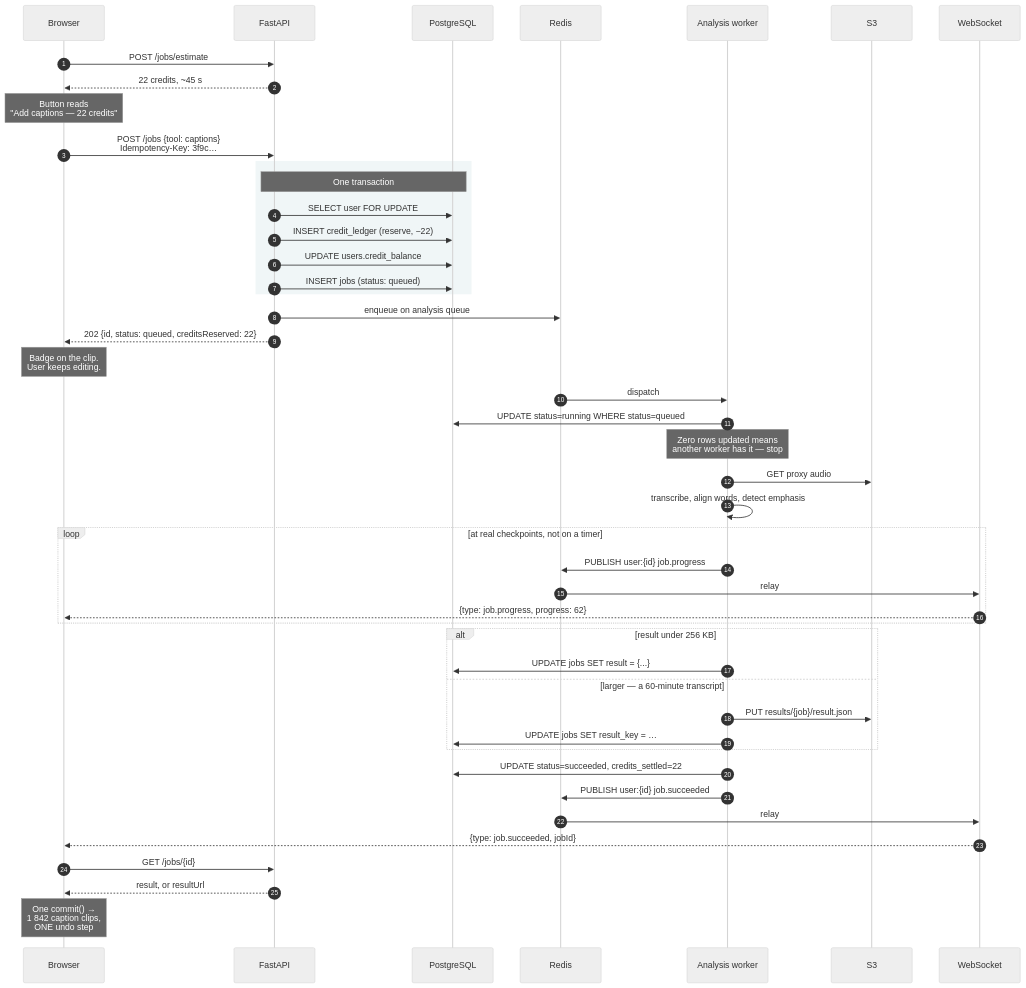
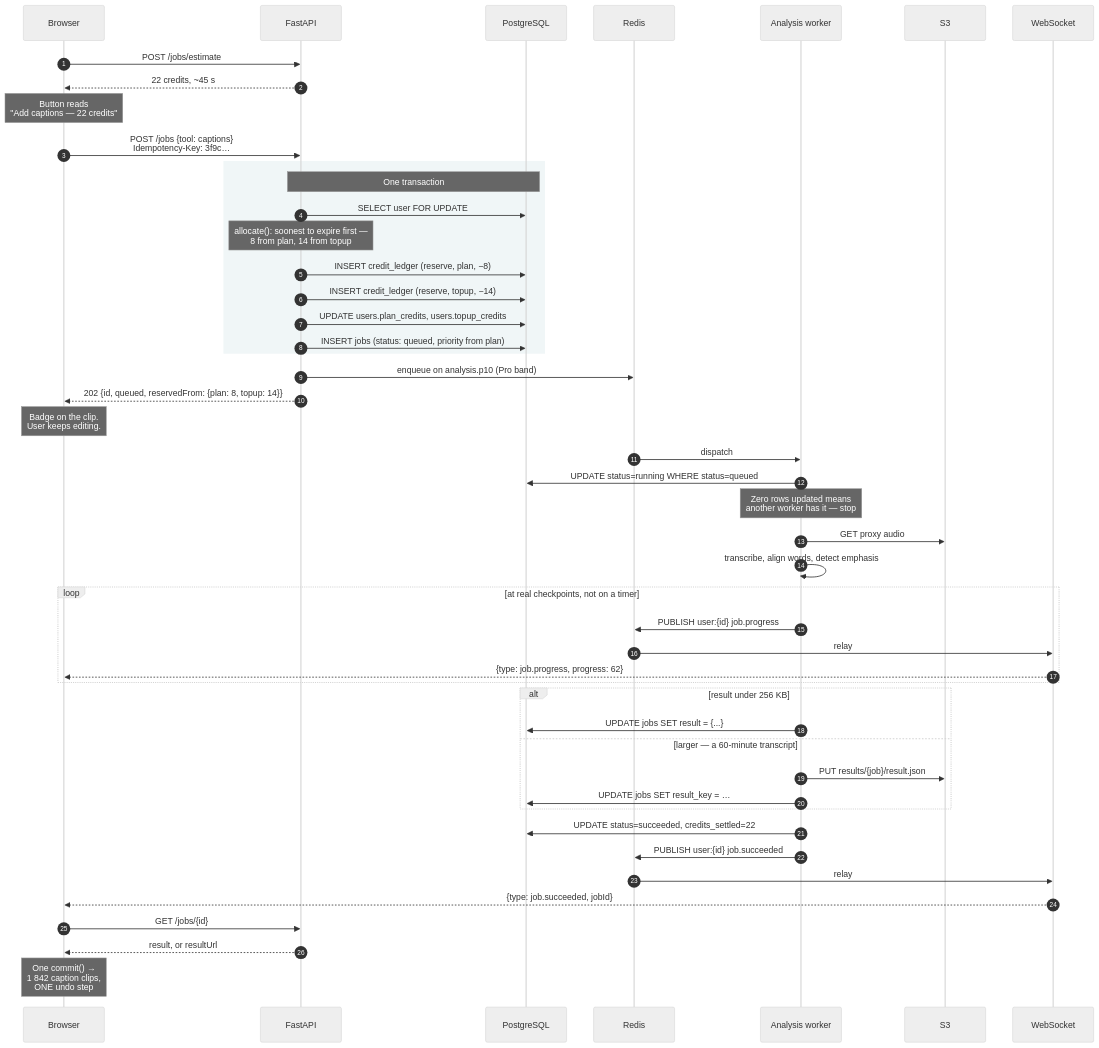
Before and after one commit to PARTH-CODE2012/zipzop-backend: the first of 7 diagrams in docs/diagrams/job-lifecycle.md, drawn with Mermaid (neutral theme). The commit also changed other lines of this file and 10 other files, not shown here.

````diff
--- a/docs/diagrams/job-lifecycle.md
+++ b/docs/diagrams/job-lifecycle.md
@@ -12,58 +12,60 @@
 ```mermaid
 sequenceDiagram
     autonumber
     participant B as Browser
     participant API as FastAPI
     participant PG as PostgreSQL
     participant RD as Redis
     participant W as Analysis worker
     participant S3 as S3
     participant WS as WebSocket
 
     B->>API: POST /jobs/estimate
     API-->>B: 22 credits, ~45 s
     Note over B: Button reads<br/>"Add captions — 22 credits"
 
     B->>API: POST /jobs {tool: captions}<br/>Idempotency-Key: 3f9c…
 
     rect rgb(240, 246, 247)
         Note over API,PG: One transaction
         API->>PG: SELECT user FOR UPDATE
-        API->>PG: INSERT credit_ledger (reserve, −22)
-        API->>PG: UPDATE users.credit_balance
-        API->>PG: INSERT jobs (status: queued)
+        Note over API: allocate(): soonest to expire first —<br/>8 from plan, 14 from topup
+        API->>PG: INSERT credit_ledger (reserve, plan, −8)
+        API->>PG: INSERT credit_ledger (reserve, topup, −14)
+        API->>PG: UPDATE users.plan_credits, users.topup_credits
+        API->>PG: INSERT jobs (status: queued, priority from plan)
     end
 
-    API->>RD: enqueue on analysis queue
-    API-->>B: 202 {id, status: queued, creditsReserved: 22}
+    API->>RD: enqueue on analysis.p10 (Pro band)
+    API-->>B: 202 {id, queued, reservedFrom: {plan: 8, topup: 14}}
     Note over B: Badge on the clip.<br/>User keeps editing.
 
     RD->>W: dispatch
     W->>PG: UPDATE status=running WHERE status=queued
     Note over W: Zero rows updated means<br/>another worker has it — stop
 
     W->>S3: GET proxy audio
     W->>W: transcribe, align words, detect emphasis
 
     loop at real checkpoints, not on a timer
         W->>RD: PUBLISH user:{id} job.progress
         RD->>WS: relay
         WS-->>B: {type: job.progress, progress: 62}
     end
 
     alt result under 256 KB
         W->>PG: UPDATE jobs SET result = {...}
     else larger — a 60-minute transcript
         W->>S3: PUT results/{job}/result.json
         W->>PG: UPDATE jobs SET result_key = …
     end
 
     W->>PG: UPDATE status=succeeded, credits_settled=22
     W->>RD: PUBLISH user:{id} job.succeeded
     RD->>WS: relay
     WS-->>B: {type: job.succeeded, jobId}
 
     B->>API: GET /jobs/{id}
     API-->>B: result, or resultUrl
     Note over B: One commit() →<br/>1 842 caption clips,<br/>ONE undo step
 ```
````
